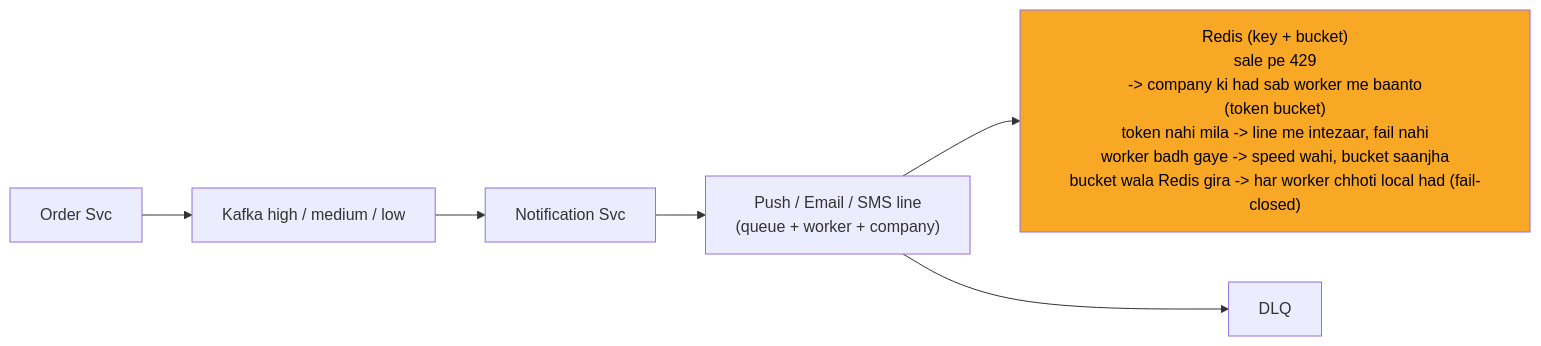
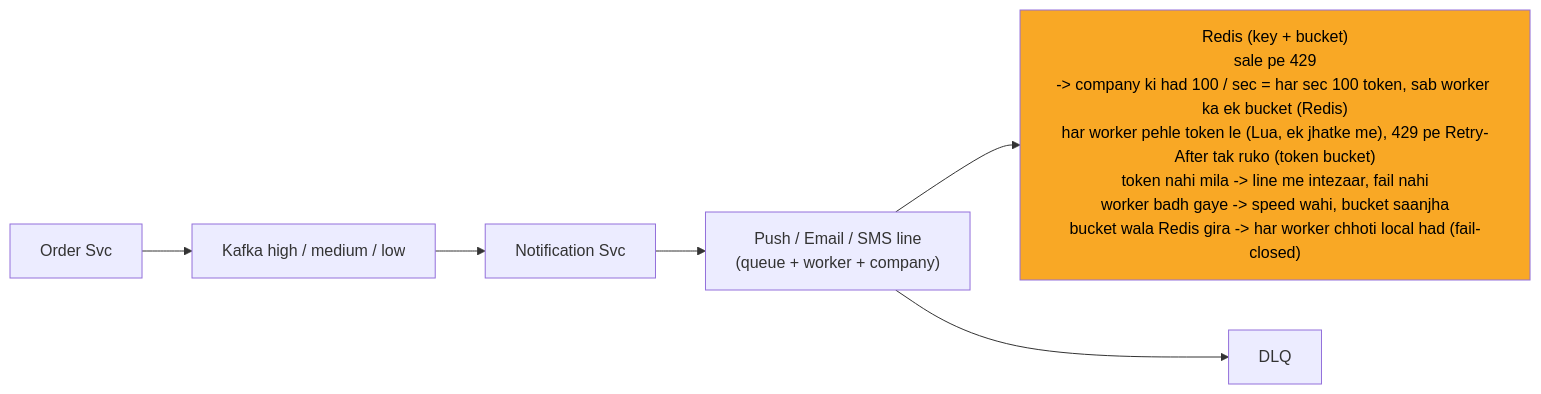
One commit to ArpanMaheshwari144/Prep changed the ninth of 13 diagrams in 04_HLD/SYSTEM_DESIGNS/04_notification_system/04_notification_system.md. Above: the diagram before and after it, drawn with Mermaid. The commit also changed other lines of this file and 13 other files, not shown here.

````diff
--- a/04_HLD/SYSTEM_DESIGNS/04_notification_system/04_notification_system.md
+++ b/04_HLD/SYSTEM_DESIGNS/04_notification_system/04_notification_system.md
@@ -370,16 +373,16 @@
 ```mermaid
 %%{init: {"flowchart": {"wrappingWidth": 450}}}%%
 flowchart LR
     n_Order_Svc["Order Svc"]
     n_Kafka["Kafka high / medium / low"]
     n_Notification_Svc["Notification Svc"]
     n_LINES["Push / Email / SMS line<br/>(queue + worker + company)"]
-    n_Redis["Redis (key + bucket)<br/>sale pe 429<br/>-> company ki had sab worker me baanto<br/>(token bucket)<br/>token nahi mila -> line me intezaar, fail nahi<br/>worker badh gaye -> speed wahi, bucket saanjha<br/>bucket wala Redis gira -> har worker chhoti local had (fail-closed)"]
+    n_Redis["Redis (key + bucket)<br/>sale pe 429<br/>-> company ki had 100 / sec = har sec 100 token, sab worker ka ek bucket (Redis)<br/>har worker pehle token le (Lua, ek jhatke me), 429 pe Retry-After tak ruko (token bucket)<br/>token nahi mila -> line me intezaar, fail nahi<br/>worker badh gaye -> speed wahi, bucket saanjha<br/>bucket wala Redis gira -> har worker chhoti local had (fail-closed)"]
     n_DLQ["DLQ"]
     n_Order_Svc --> n_Kafka
     n_Kafka --> n_Notification_Svc
     n_Notification_Svc --> n_LINES
     n_LINES --> n_Redis
     n_LINES --> n_DLQ
     style n_Redis fill:#f9a825,color:#000
 ```
````
